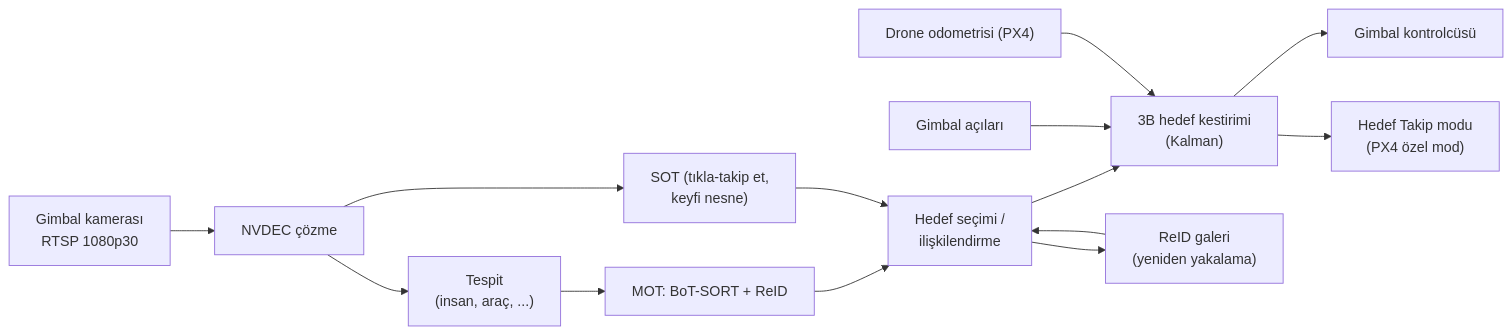
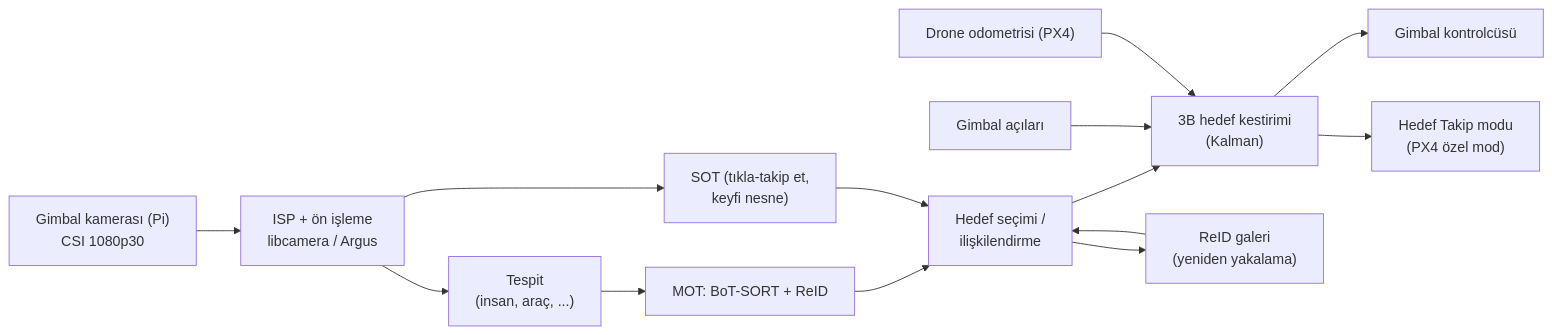
The diagram in docs/06-hedef-takip-tasarimi.md (ahmet6141/Drone-controller), drawn with Mermaid before and after one commit. The commit also changed other lines of this file and 22 other files, not shown here.

````diff
--- a/docs/06-hedef-takip-tasarimi.md
+++ b/docs/06-hedef-takip-tasarimi.md
@@ -8,15 +8,15 @@
 ```mermaid
 flowchart LR
-  CAM["Gimbal kamerası<br/>RTSP 1080p30"] --> DEC["NVDEC çözme"] --> DET["Tespit<br/>(insan, araç, ...)"]
+  CAM["Gimbal kamerası (Pi)<br/>CSI 1080p30"] --> DEC["ISP + ön işleme<br/>libcamera / Argus"] --> DET["Tespit<br/>(insan, araç, ...)"]
   DET --> MOT["MOT: BoT-SORT + ReID"]
   DEC --> SOT["SOT (tıkla-takip et,<br/>keyfi nesne)"]
   MOT --> SEL["Hedef seçimi /<br/>ilişkilendirme"]
   SOT --> SEL
   SEL --> KF["3B hedef kestirimi<br/>(Kalman)"]
   GIMFB["Gimbal açıları"] --> KF
   ODOM["Drone odometrisi (PX4)"] --> KF
   KF --> GCTL["Gimbal kontrolcüsü"]
   KF --> FCTL["Hedef Takip modu<br/>(PX4 özel mod)"]
   SEL --> GAL["ReID galeri<br/>(yeniden yakalama)"]
   GAL --> SEL
 ```
````
